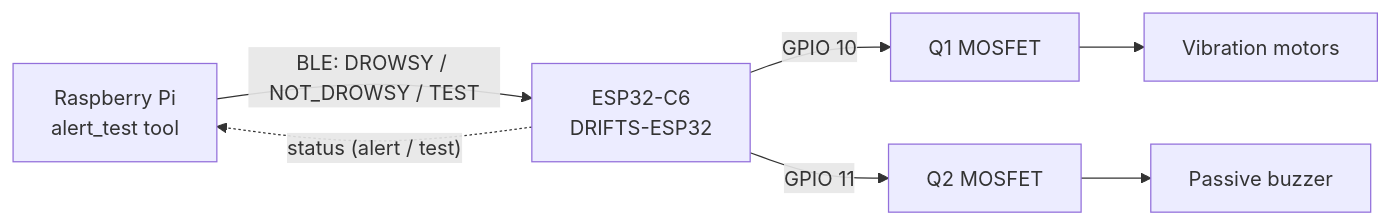
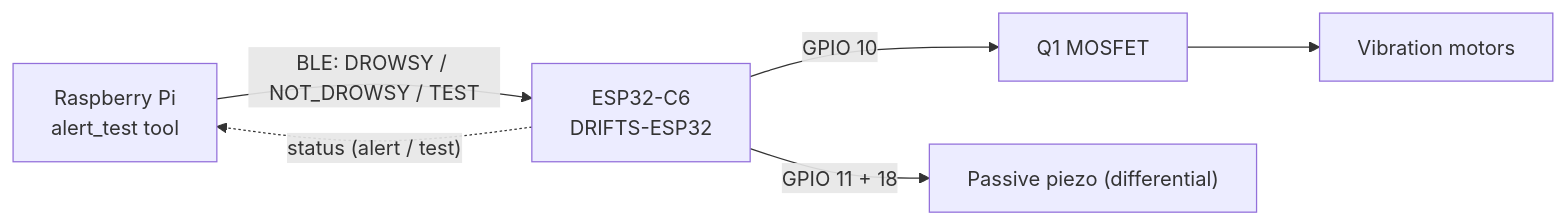
One commit to KendracNguyen/DRIFTS changed the first of 3 diagrams in Docs/alert-chain-test.md. Above: the diagram before and after it, drawn with Mermaid. The commit also changed other lines of this file and 25 other files, not shown here.

First line of the commit message:
Buzzer: differential piezo drive on GPIO 11 + 18 at 5 kHz; schematic rev 4

````diff
--- a/Docs/alert-chain-test.md
+++ b/Docs/alert-chain-test.md
@@ -6,7 +6,7 @@
 ```mermaid
 flowchart LR
   PI["Raspberry Pi<br/>alert_test tool"] -- "BLE: DROWSY / NOT_DROWSY / TEST" --> ESP["ESP32-C6<br/>DRIFTS-ESP32"]
   ESP -- "GPIO 10" --> Q1["Q1 MOSFET"] --> M["Vibration motors"]
-  ESP -- "GPIO 11" --> Q2["Q2 MOSFET"] --> B["Passive buzzer"]
+  ESP -- "GPIO 11 + 18" --> B["Passive piezo (differential)"]
   ESP -. "status (alert / test)" .-> PI
 ```
````
